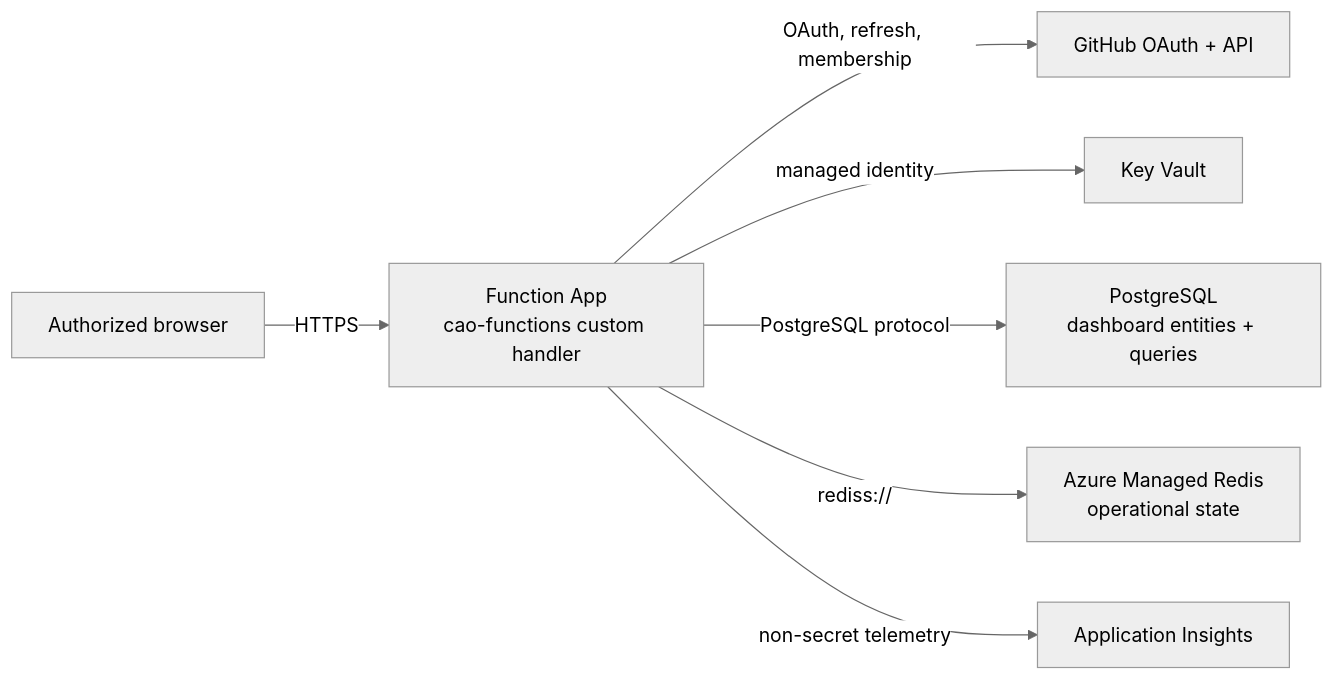
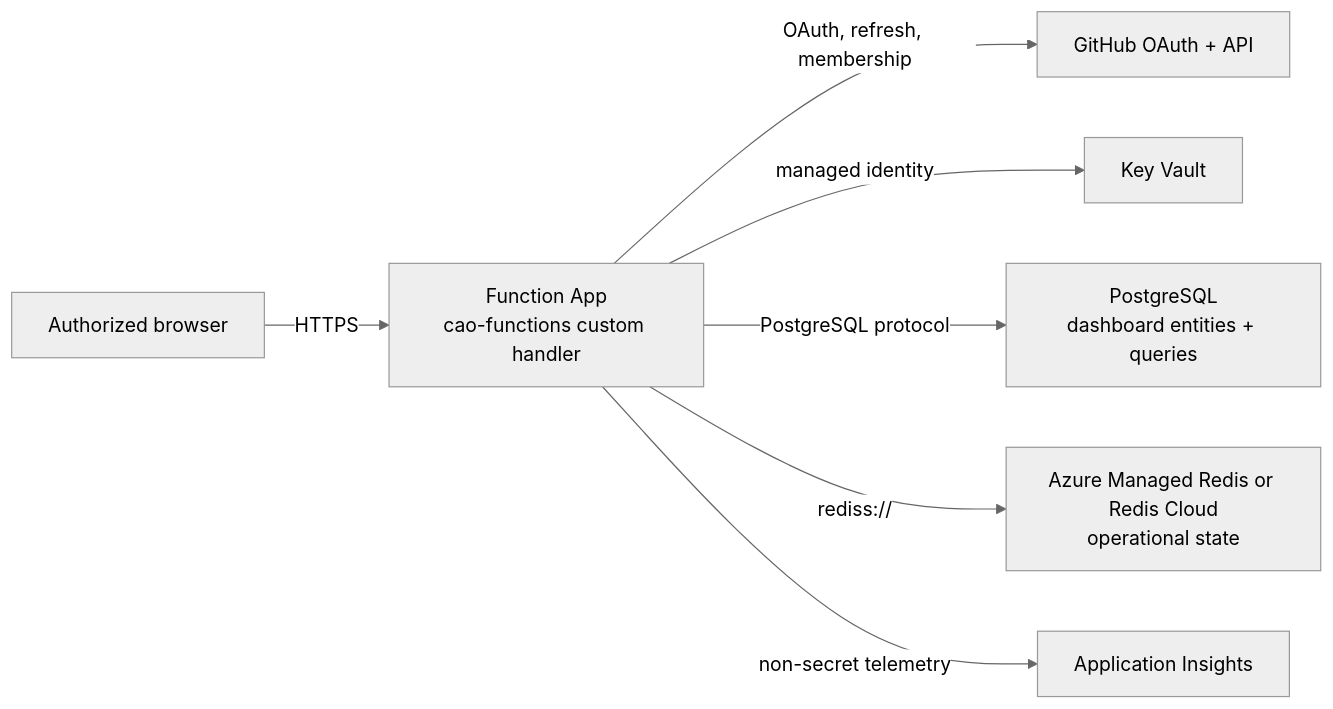
One commit to bradygaster/gh-aw-cao changed the diagram in docs/deployment-azure.md. Above: the diagram before and after it, drawn with Mermaid (neutral theme). The commit also changed other lines of this file and 6 other files, not shown here.

Commit message:
Add external Redis mode for Azure

````diff
--- a/docs/deployment-azure.md
+++ b/docs/deployment-azure.md
@@ -19,9 +19,9 @@
 ```mermaid
 flowchart LR
   Browser["Authorized browser"] -->|"HTTPS"| Function["Function App<br/>cao-functions custom handler"]
   Function -->|"OAuth, refresh, membership"| GitHub["GitHub OAuth + API"]
   Function -->|"managed identity"| KeyVault["Key Vault"]
   Function -->|"PostgreSQL protocol"| Postgres["PostgreSQL<br/>dashboard entities + queries"]
-  Function -->|"rediss://"| Redis["Azure Managed Redis<br/>operational state"]
+  Function -->|"rediss://"| Redis["Azure Managed Redis or Redis Cloud<br/>operational state"]
   Function -->|"non-secret telemetry"| Insights["Application Insights"]
 ```
````
